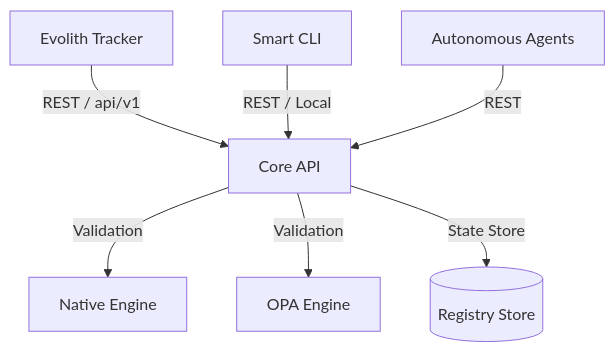
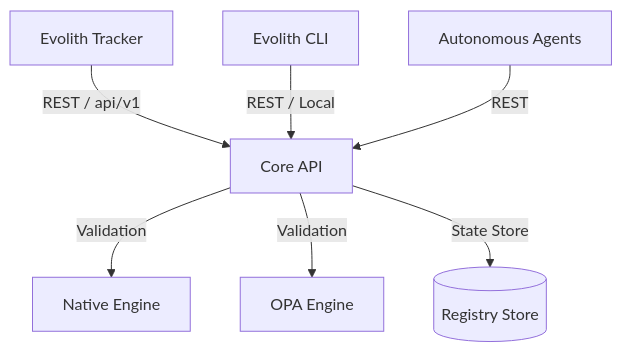
One commit to beyondnetcode/evolith_arch32 changed the diagram in product/products/core-api/README.es.md. Above: the diagram before and after it, drawn with Mermaid. The commit also changed other lines of this file and 195 other files, not shown here.

First line of the commit message:
refactor(brand): align "Smart CLI" → "Evolith CLI" across docs, code, npm, and assemblies

````diff
--- a/product/products/core-api/README.es.md
+++ b/product/products/core-api/README.es.md
@@ -15,9 +15,9 @@
 ```mermaid
 graph TD
     T[Evolith Tracker] -->|REST / api/v1| API[Core API]
-    C[Smart CLI] -->|REST / Local| API
+    C[Evolith CLI] -->|REST / Local| API
     A[Autonomous Agents] -->|REST| API
     API -->|Validation| NE[Native Engine]
     API -->|Validation| OPA[OPA Engine]
     API -->|State Store| DB[(Registry Store)]
 ```
````
